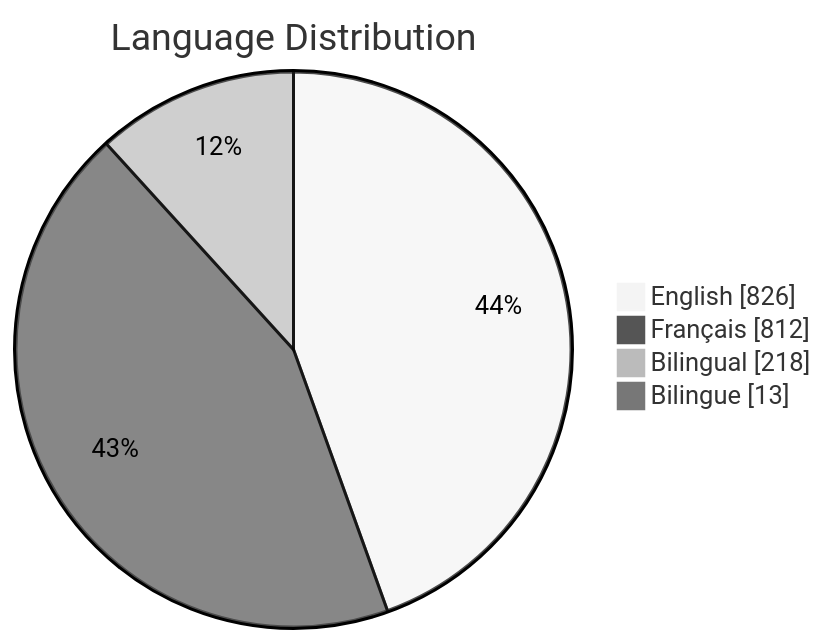
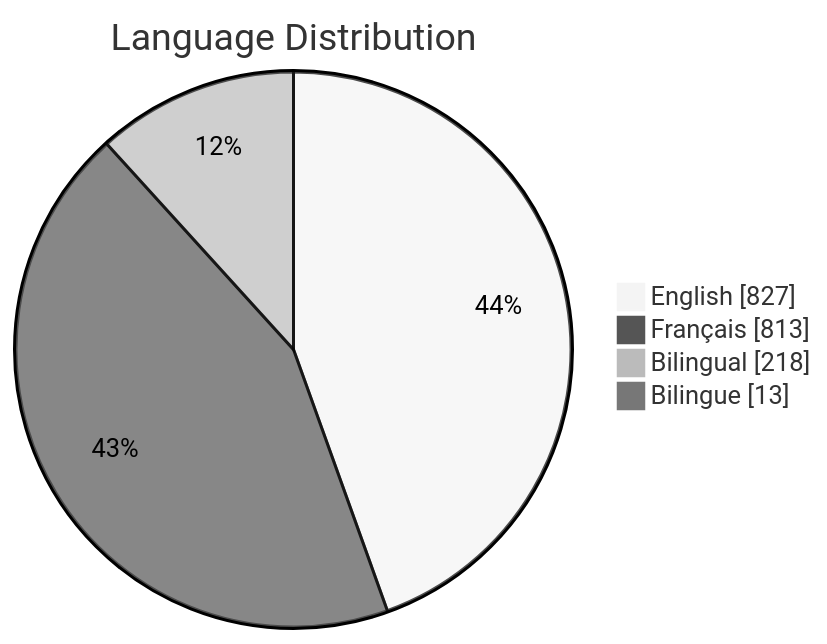
One commit to PatLittle/GC-Socials changed the third of 6 diagrams in README.md. Above: the diagram before and after it, drawn with Mermaid (neutral theme). The commit also changed other lines of this file, not shown here.

Commit message:
Update README with Platform Distribution pie chart

````diff
--- a/README.md
+++ b/README.md
@@ -65,7 +65,7 @@
 ```mermaid
 pie showData title Language Distribution
-    "English": 826
-    "Français": 812
+    "English": 827
+    "Français": 813
     "Bilingual": 218
     "Bilingue": 13
 ```
````
